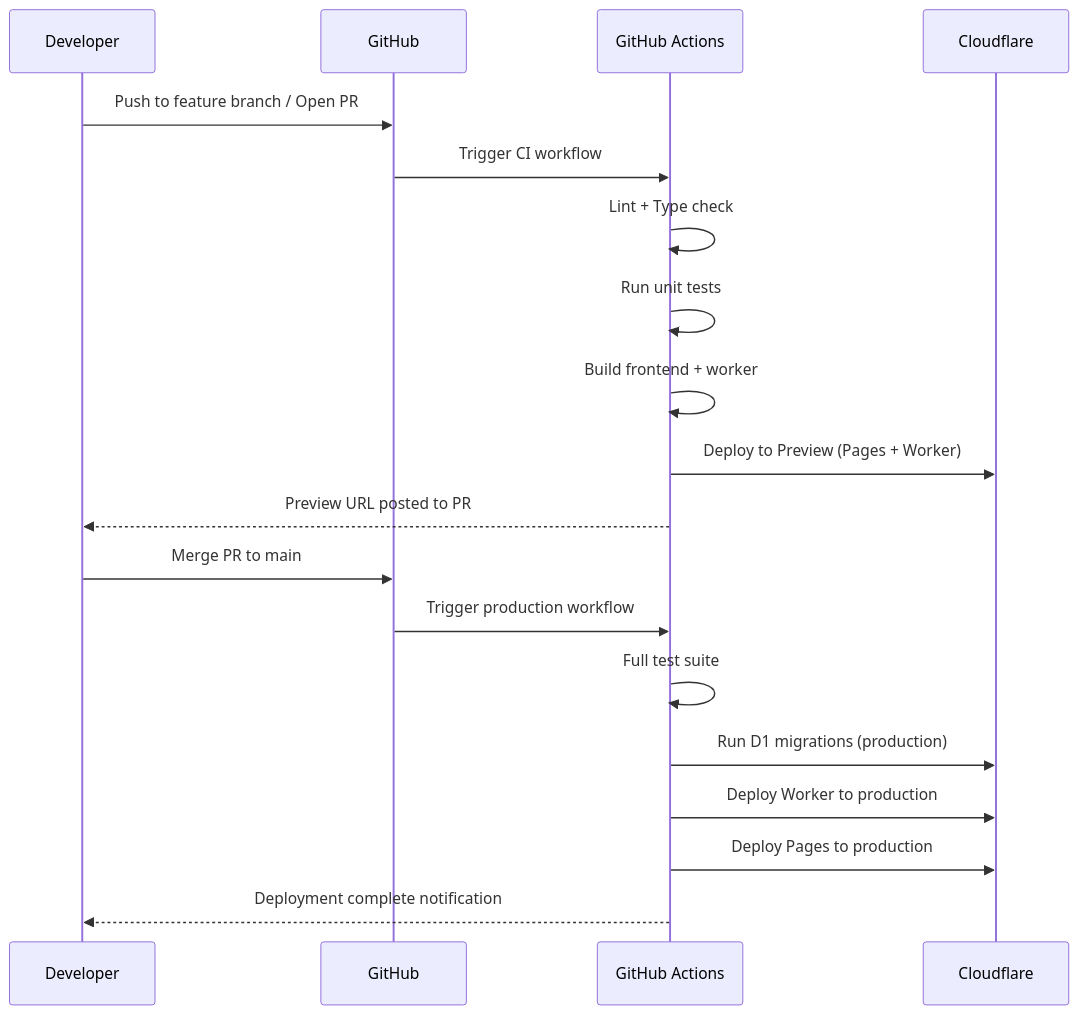
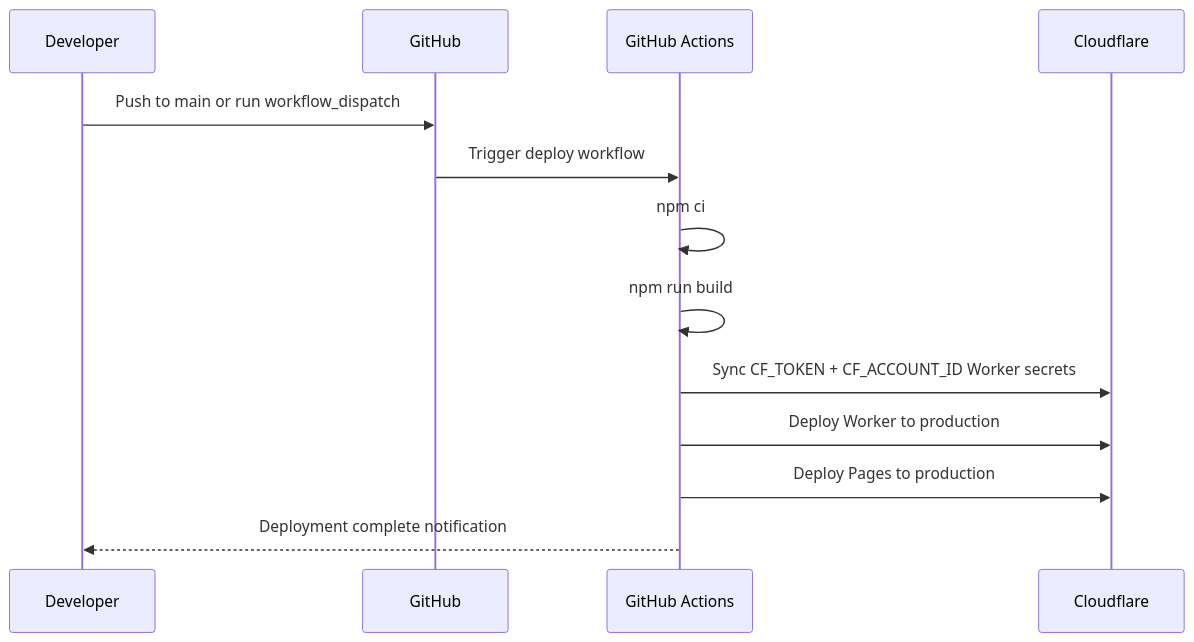
The diagram in DEPLOYMENT.md (jelvan-ricolcol/fullstack-developer-documentation-), drawn with Mermaid before and after one commit. The commit also changed other lines of this file and 4 other files, not shown here.

````diff
--- a/DEPLOYMENT.md
+++ b/DEPLOYMENT.md
@@ -38,23 +36,16 @@
 ```mermaid
 sequenceDiagram
     participant Dev as Developer
     participant GH as GitHub
     participant CI as GitHub Actions
     participant CF as Cloudflare
 
-    Dev->>GH: Push to feature branch / Open PR
-    GH->>CI: Trigger CI workflow
-    CI->>CI: Lint + Type check
-    CI->>CI: Run unit tests
-    CI->>CI: Build frontend + worker
-    CI->>CF: Deploy to Preview (Pages + Worker)
-    CI-->>Dev: Preview URL posted to PR
-
-    Dev->>GH: Merge PR to main
-    GH->>CI: Trigger production workflow
-    CI->>CI: Full test suite
-    CI->>CF: Run D1 migrations (production)
+    Dev->>GH: Push to main or run workflow_dispatch
+    GH->>CI: Trigger deploy workflow
+    CI->>CI: npm ci
+    CI->>CI: npm run build
+    CI->>CF: Sync CF_TOKEN + CF_ACCOUNT_ID Worker secrets
     CI->>CF: Deploy Worker to production
     CI->>CF: Deploy Pages to production
     CI-->>Dev: Deployment complete notification
 ```
````
